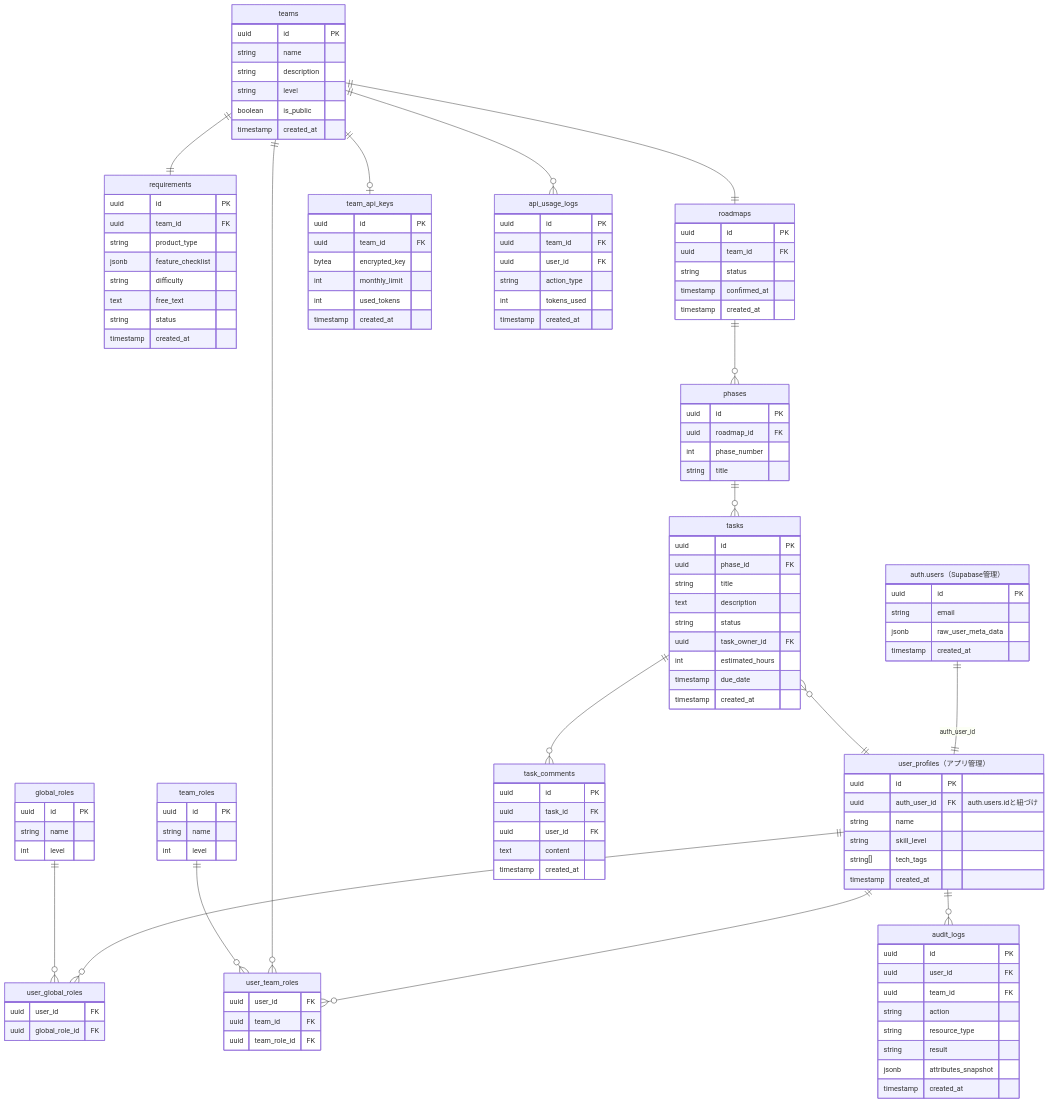
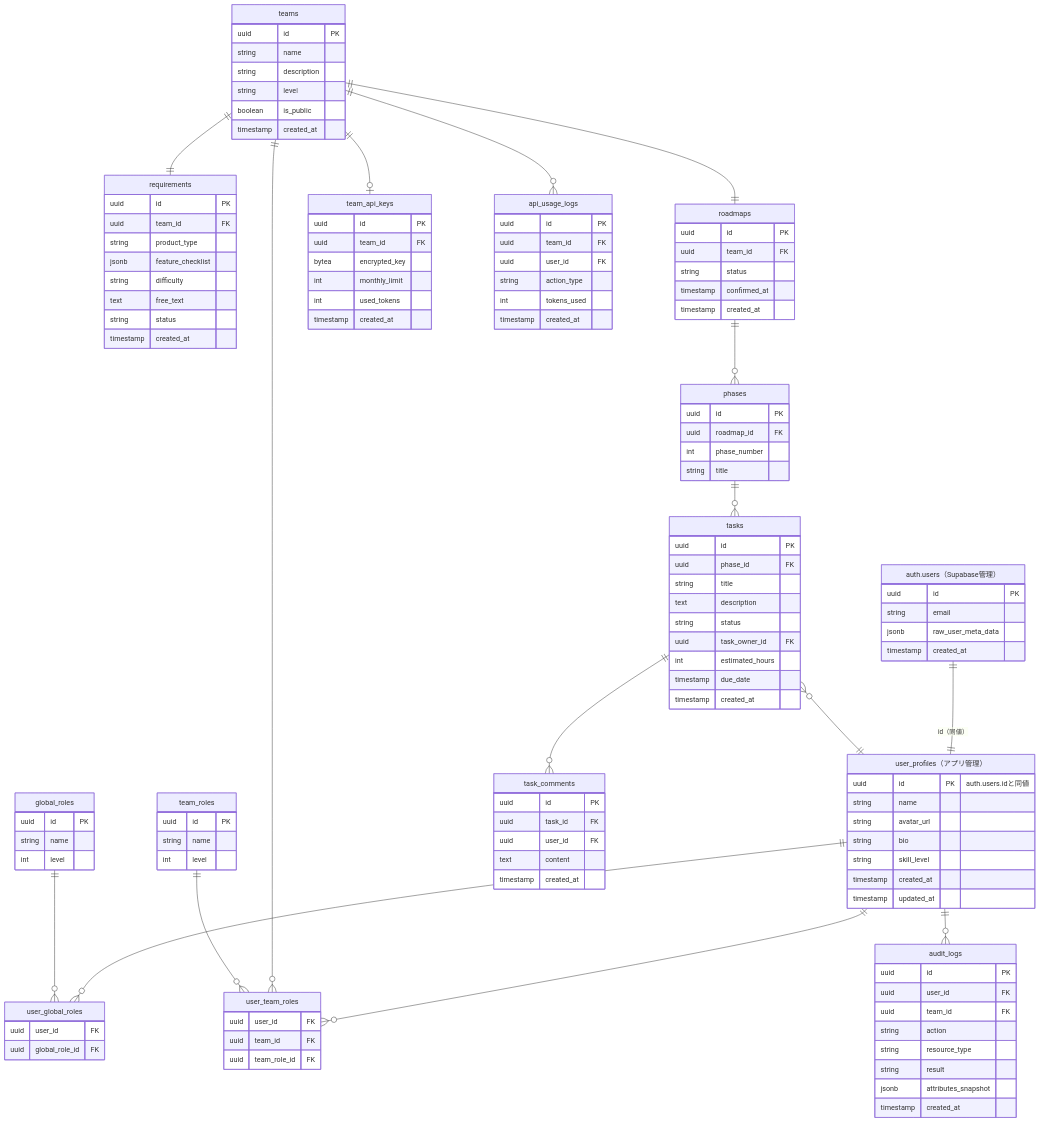
One commit to Piapuro/roadmap_api changed the fourth of 12 diagrams in documents/tech-stack-v3.md. Above: the diagram before and after it, drawn with Mermaid. The commit also changed 2 other files, not shown here.

Commit message:
docs:データのテーブル変更に基づいたドキュメントの修正

```diff
--- a/documents/tech-stack-v3.md
+++ b/documents/tech-stack-v3.md
@@ -135,12 +135,13 @@
         timestamp created_at
     }
     user_profiles["user_profiles（アプリ管理）"] {
-        uuid id PK
-        uuid auth_user_id FK "auth.users.idと紐づけ"
+        uuid id PK "auth.users.idと同値"
         string name
+        string avatar_url
+        string bio
         string skill_level
-        string[] tech_tags
         timestamp created_at
+        timestamp updated_at
     }
     global_roles {
         uuid id PK
@@ -237,7 +238,7 @@
         timestamp created_at
     }
 
-    auth_users ||--|| user_profiles : "auth_user_id"
+    auth_users ||--|| user_profiles : "id（同値）"
     user_profiles ||--o{ user_global_roles : ""
     global_roles ||--o{ user_global_roles : ""
     user_profiles ||--o{ user_team_roles : ""
```
